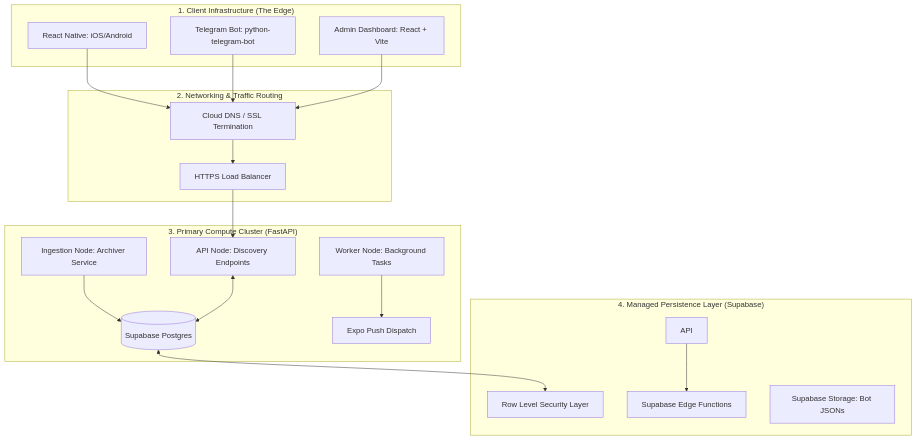
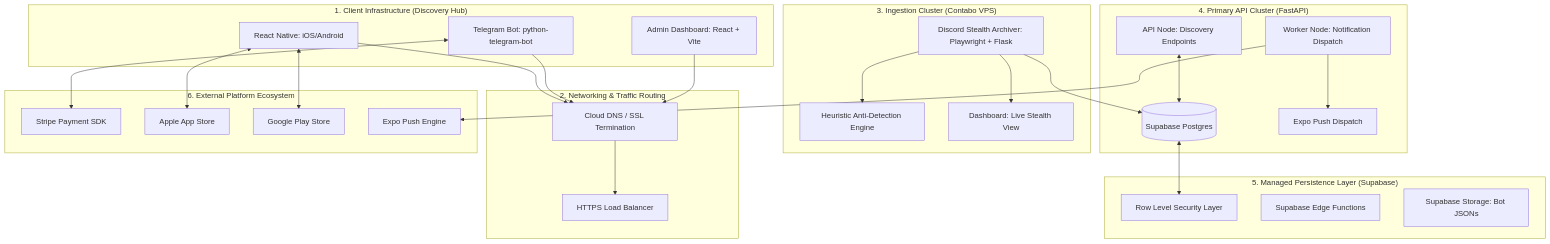
One commit to joshuatochinwachi/HollowScan-Mobile-App changed the first of 2 diagrams in SYSTEM_ARCHITECTURE.md. Above: the diagram before and after it, drawn with Mermaid. The commit also changed other lines of this file and 3 other files, not shown here.

````diff
--- a/SYSTEM_ARCHITECTURE.md
+++ b/SYSTEM_ARCHITECTURE.md
@@ -15,40 +15,58 @@
 ```mermaid
 graph TD
     %% CLIENT LAYER
-    subgraph "1. Client Infrastructure (The Edge)"
+    subgraph "1. Client Infrastructure (Discovery Hub)"
         MA[React Native: iOS/Android]
         TG[Telegram Bot: python-telegram-bot]
         ADM[Admin Dashboard: React + Vite]
     end
 
     %% NETWORKING
     subgraph "2. Networking & Traffic Routing"
         LB[HTTPS Load Balancer]
         DNS[Cloud DNS / SSL Termination]
         MA --> DNS
         TG --> DNS
         ADM --> DNS
         DNS --> LB
     end
 
     %% COMPUTE LAYER
-    subgraph "3. Primary Compute Cluster (FastAPI)"
-        S1[Ingestion Node: Archiver Service]
+    subgraph "3. Ingestion Cluster (Contabo VPS)"
+        S1[Discord Stealth Archiver: Playwright + Flask]
+        S1_ANTIBOT[Heuristic Anti-Detection Engine]
+        S1_DASH[Dashboard: Live Stealth View]
+        S1 --> S1_ANTIBOT
+        S1 --> S1_DASH
+    end
+
+    subgraph "4. Primary API Cluster (FastAPI)"
         S2[API Node: Discovery Endpoints]
-        S3[Worker Node: Background Tasks]
-        LB --> S2
-        S1 --> DB[(Supabase Postgres)]
-        S2 <--> DB
+        S3[Worker Node: Notification Dispatch]
+        S2 <--> DB[(Supabase Postgres)]
         S3 --> EPS[Expo Push Dispatch]
     end
 
     %% PERSISTENCE & SERVICES
-    subgraph "4. Managed Persistence Layer (Supabase)"
+    subgraph "5. Managed Persistence Layer (Supabase)"
         DB
         RLS[Row Level Security Layer]
         EDGE[Supabase Edge Functions]
         BUCKET[Supabase Storage: Bot JSONs]
         DB <--> RLS
-        API --> EDGE
+        S1 --> DB
+    end
+
+    %% EXTERNAL PROVIDERS
+    subgraph "6. External Platform Ecosystem"
+        STR[Stripe Payment SDK]
+        AS[Apple App Store]
+        GP[Google Play Store]
+        EXPO[Expo Push Engine]
+        
+        TG <--> STR
+        MA <--> AS
+        MA <--> GP
+        S3 --> EXPO
     end
 ```
````
